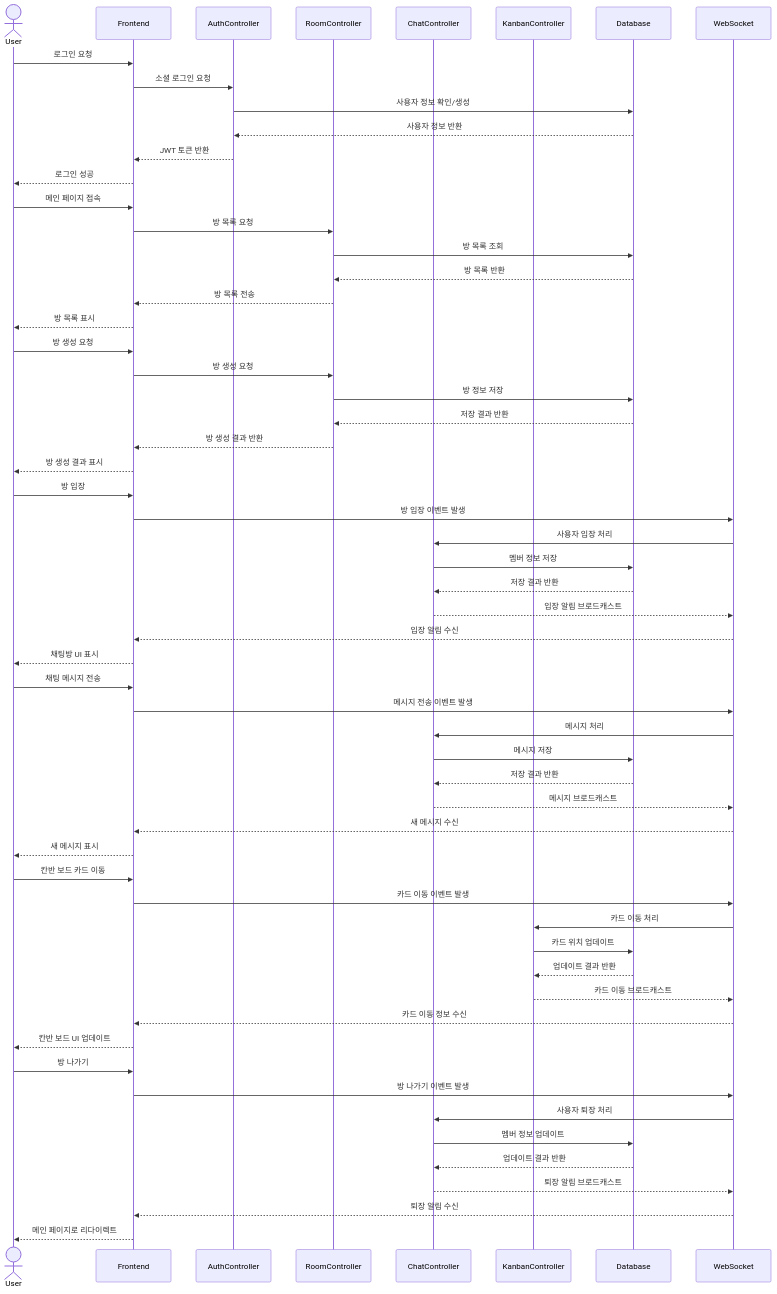
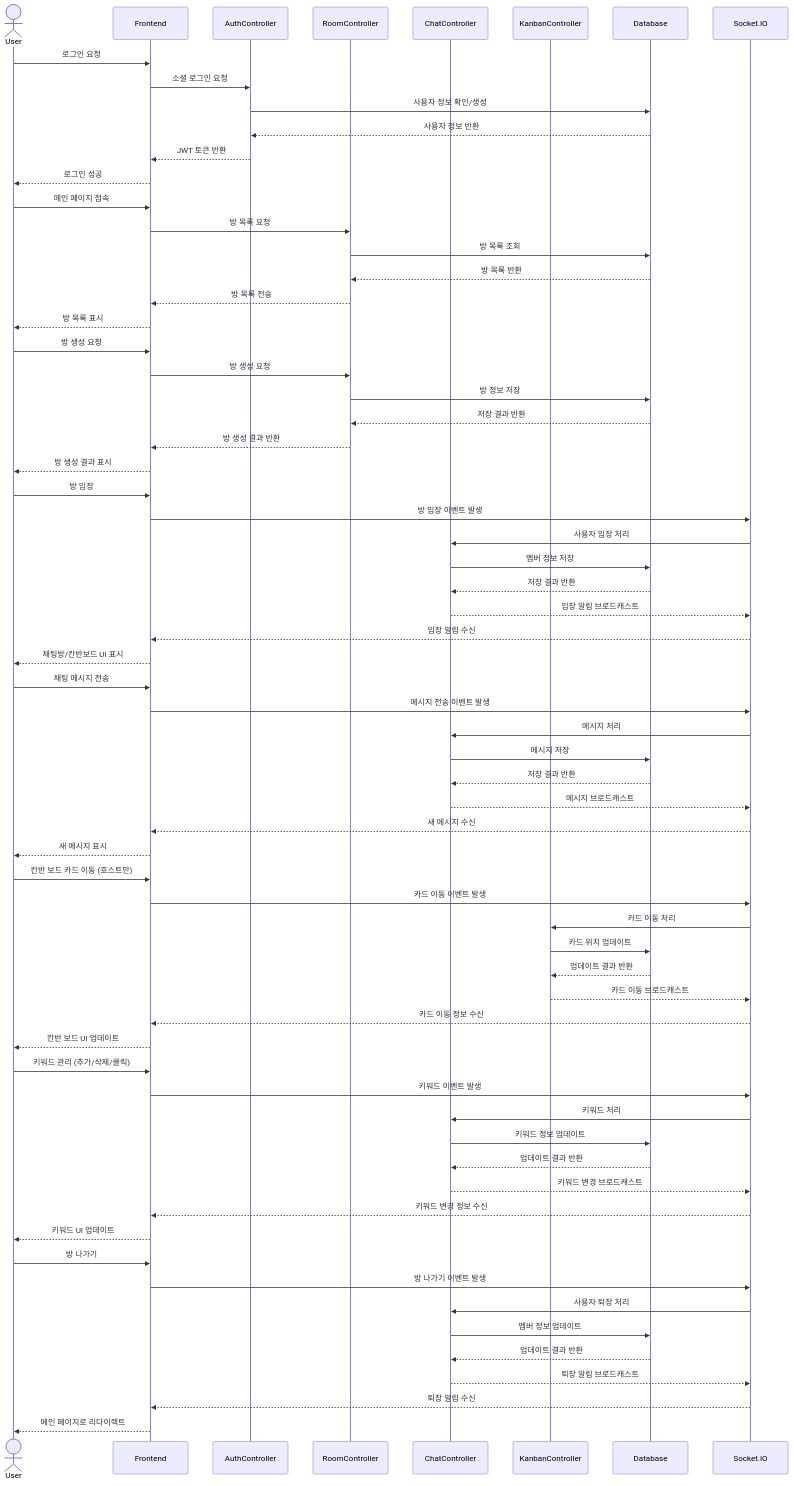
Before and after one commit to obokproject/obok-fe: the fourth of 4 diagrams in README.md, drawn with Mermaid. The commit also changed other lines of this file and 3 other files, not shown here.

````diff
--- a/README.md
+++ b/README.md
@@ -293,68 +266,77 @@
 ```mermaid
 sequenceDiagram
     actor User
     participant Frontend
     participant AuthController
     participant RoomController
     participant ChatController
     participant KanbanController
     participant Database
-    participant WebSocket
+    participant Socket.IO
 
     User->>Frontend: 로그인 요청
     Frontend->>AuthController: 소셜 로그인 요청
     AuthController->>Database: 사용자 정보 확인/생성
     Database-->>AuthController: 사용자 정보 반환
     AuthController-->>Frontend: JWT 토큰 반환
     Frontend-->>User: 로그인 성공
 
     User->>Frontend: 메인 페이지 접속
     Frontend->>RoomController: 방 목록 요청
     RoomController->>Database: 방 목록 조회
     Database-->>RoomController: 방 목록 반환
     RoomController-->>Frontend: 방 목록 전송
     Frontend-->>User: 방 목록 표시
 
     User->>Frontend: 방 생성 요청
     Frontend->>RoomController: 방 생성 요청
     RoomController->>Database: 방 정보 저장
     Database-->>RoomController: 저장 결과 반환
     RoomController-->>Frontend: 방 생성 결과 반환
     Frontend-->>User: 방 생성 결과 표시
 
     User->>Frontend: 방 입장
-    Frontend->>WebSocket: 방 입장 이벤트 발생
-    WebSocket->>ChatController: 사용자 입장 처리
+    Frontend->>Socket.IO: 방 입장 이벤트 발생
+    Socket.IO->>ChatController: 사용자 입장 처리
     ChatController->>Database: 멤버 정보 저장
     Database-->>ChatController: 저장 결과 반환
-    ChatController-->>WebSocket: 입장 알림 브로드캐스트
-    WebSocket-->>Frontend: 입장 알림 수신
-    Frontend-->>User: 채팅방 UI 표시
+    ChatController-->>Socket.IO: 입장 알림 브로드캐스트
+    Socket.IO-->>Frontend: 입장 알림 수신
+    Frontend-->>User: 채팅방/칸반보드 UI 표시
 
     User->>Frontend: 채팅 메시지 전송
-    Frontend->>WebSocket: 메시지 전송 이벤트 발생
-    WebSocket->>ChatController: 메시지 처리
+    Frontend->>Socket.IO: 메시지 전송 이벤트 발생
+    Socket.IO->>ChatController: 메시지 처리
     ChatController->>Database: 메시지 저장
     Database-->>ChatController: 저장 결과 반환
-    ChatController-->>WebSocket: 메시지 브로드캐스트
-    WebSocket-->>Frontend: 새 메시지 수신
+    ChatController-->>Socket.IO: 메시지 브로드캐스트
+    Socket.IO-->>Frontend: 새 메시지 수신
     Frontend-->>User: 새 메시지 표시
 
-    User->>Frontend: 칸반 보드 카드 이동
-    Frontend->>WebSocket: 카드 이동 이벤트 발생
-    WebSocket->>KanbanController: 카드 이동 처리
+    User->>Frontend: 칸반 보드 카드 이동 (호스트만)
+    Frontend->>Socket.IO: 카드 이동 이벤트 발생
+    Socket.IO->>KanbanController: 카드 이동 처리
     KanbanController->>Database: 카드 위치 업데이트
     Database-->>KanbanController: 업데이트 결과 반환
-    KanbanController-->>WebSocket: 카드 이동 브로드캐스트
-    WebSocket-->>Frontend: 카드 이동 정보 수신
+    KanbanController-->>Socket.IO: 카드 이동 브로드캐스트
+    Socket.IO-->>Frontend: 카드 이동 정보 수신
     Frontend-->>User: 칸반 보드 UI 업데이트
 
+    User->>Frontend: 키워드 관리 (추가/삭제/클릭)
+    Frontend->>Socket.IO: 키워드 이벤트 발생
+    Socket.IO->>ChatController: 키워드 처리
+    ChatController->>Database: 키워드 정보 업데이트
+    Database-->>ChatController: 업데이트 결과 반환
+    ChatController-->>Socket.IO: 키워드 변경 브로드캐스트
+    Socket.IO-->>Frontend: 키워드 변경 정보 수신
+    Frontend-->>User: 키워드 UI 업데이트
+
     User->>Frontend: 방 나가기
-    Frontend->>WebSocket: 방 나가기 이벤트 발생
-    WebSocket->>ChatController: 사용자 퇴장 처리
+    Frontend->>Socket.IO: 방 나가기 이벤트 발생
+    Socket.IO->>ChatController: 사용자 퇴장 처리
     ChatController->>Database: 멤버 정보 업데이트
     Database-->>ChatController: 업데이트 결과 반환
-    ChatController-->>WebSocket: 퇴장 알림 브로드캐스트
-    WebSocket-->>Frontend: 퇴장 알림 수신
+    ChatController-->>Socket.IO: 퇴장 알림 브로드캐스트
+    Socket.IO-->>Frontend: 퇴장 알림 수신
     Frontend-->>User: 메인 페이지로 리다이렉트
 ```
````
